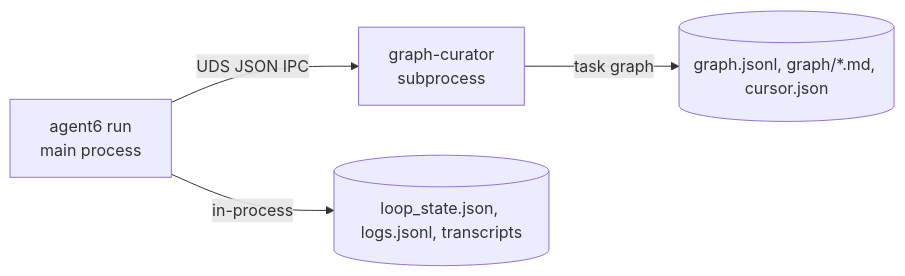
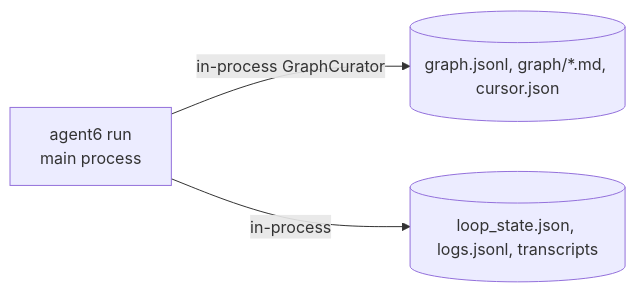
One commit to agent6-dev/agent6 changed the fourth of 4 diagrams in docs/architecture.md. Above: the diagram before and after it, drawn with Mermaid. The commit also changed other lines of this file and 21 other files, not shown here.

````diff
--- a/docs/architecture.md
+++ b/docs/architecture.md
@@ -340,6 +341,5 @@
 ```mermaid
 flowchart LR
-    Agent[agent6 run<br/>main process] -->|UDS JSON IPC| Curator[graph-curator<br/>subprocess]
-    Curator -->|task graph| Graph[(graph.jsonl, graph/*.md, cursor.json)]
+    Agent[agent6 run<br/>main process] -->|in-process GraphCurator| Graph[(graph.jsonl, graph/*.md, cursor.json)]
     Agent -->|in-process| Rest[(loop_state.json, logs.jsonl, transcripts)]
 ```
````
